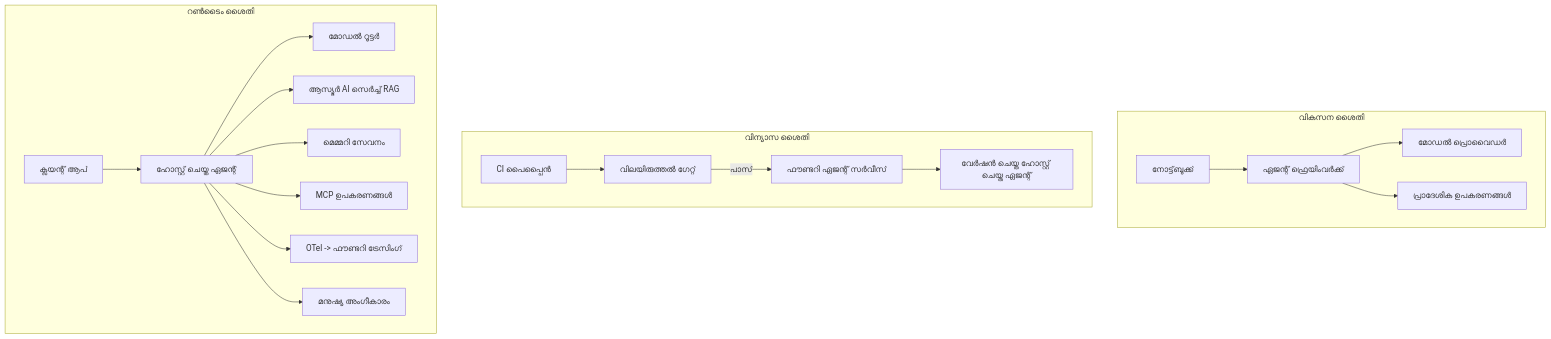
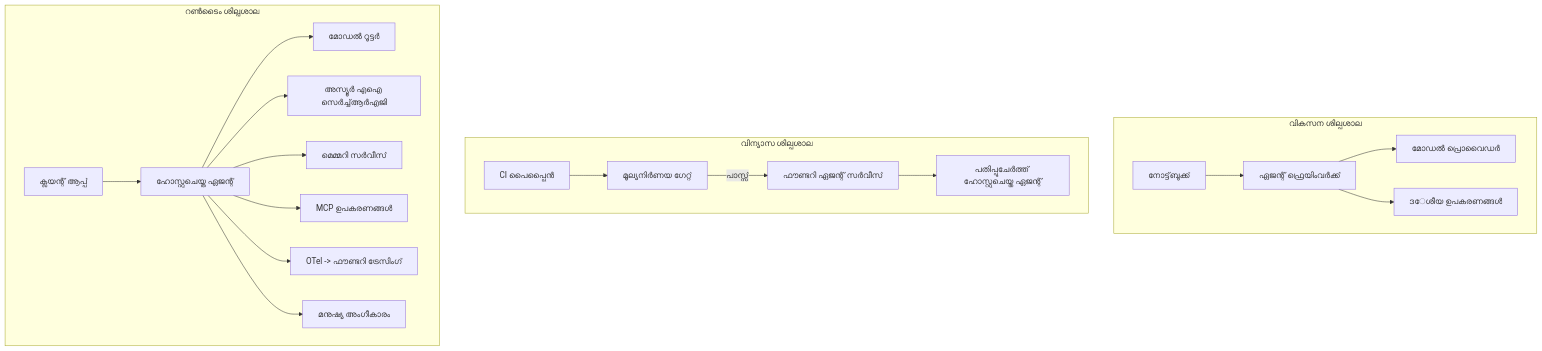
The fourth of 4 diagrams in mirrors/repos/microsoft@ai-agents-for-beginners/translations/ml/16-deploying-scalable-agents/README.md (gabrielmoreira/agent-skills-mirror), drawn with Mermaid before and after one commit. The commit also changed other lines of this file and 3581 other files, not shown here.

````diff
--- a/mirrors/repos/microsoft@ai-agents-for-beginners/translations/ml/16-deploying-scalable-agents/README.md
+++ b/mirrors/repos/microsoft@ai-agents-for-beginners/translations/ml/16-deploying-scalable-agents/README.md
@@ -185,22 +185,22 @@
 ```mermaid
 flowchart TB
-    subgraph Dev[വികസന ശൈതി<br/>]
-        D1[നോട്ട്‌ബുക്ക്<br/>] --> D2[ഏജന്റ് ഫ്രെയിംവർക്ക്<br/>]
-        D2 --> D3[മോഡൽ പ്രൊവൈഡർ<br/>]
-        D2 --> D4[പ്രാദേശിക ഉപകരണങ്ങൾ<br/>]
+    subgraph Dev[വികസന ശില്പശാല]
+        D1[നോട്ട്‌ബുക്ക്] --> D2[ഏജന്റ് ഫ്രെയിംവർക്ക്]
+        D2 --> D3[മോഡൽ പ്രൊവൈഡർ]
+        D2 --> D4[ဒേശീയ ഉപകരണങ്ങൾ]
     end
-    subgraph Deploy[വിന്യാസ ശൈതി<br/>]
-        E1[CI പൈപ്പ്ലൈൻ<br/>] --> E2[വിലയിരുത്തൽ ഗേറ്റ്<br/>]
-        E2 -->|പാസ്<br/>| E3[ഫൗണ്ടറി ഏജന്റ് സർവീസ്<br/>]
-        E3 --> E4[വേർഷൻ ചെയ്ത ഹോസ്റ്റ് ചെയ്ത ഏജന്റ്<br/>]
+    subgraph Deploy[വിന്യാസ ശില്പശാല]
+        E1[CI പൈപ്പ്ലൈൻ] --> E2[മൂല്യനിർണയ ഗേറ്റ്]
+        E2 -->|പാസ്സ്| E3[ഫൗണ്ടറി ഏജന്റ് സർവീസ്]
+        E3 --> E4[പതിപ്പുചേർത്ത് ഹോസ്റ്റുചെയ്ത ഏജന്റ്]
     end
-    subgraph Run[റൺടൈം ശൈതി<br/>]
-        F1[ക്ലയന്റ് ആപ്<br/>] --> F2[ഹോസ്റ്റ് ചെയ്ത ഏജന്റ്<br/>]
-        F2 --> F3[മോഡൽ റൂട്ടർ<br/>]
-        F2 --> F4[ആസ്യൂർ AI സെർച്ച് RAG<br/>]
-        F2 --> F5[മെമ്മറി സേവനം<br/>]
-        F2 --> F6[MCP ഉപകരണങ്ങൾ<br/>]
-        F2 --> F7[OTel -> ഫൗണ്ടറി ട്രേസിംഗ്<br/>]
+    subgraph Run[റൺടൈം ശില്പശാല]
+        F1[ക്ലയന്റ് ആപ്പ്] --> F2[ഹോസ്റ്റുചെയ്ത ഏജന്റ്]
+        F2 --> F3[മോഡൽ റൂട്ടർ]
+        F2 --> F4[അസ്യൂർ എഐ സെർച്ച്ആർഎജി]
+        F2 --> F5[മെമ്മറി സർവീസ്]
+        F2 --> F6[MCP ഉപകരണങ്ങൾ]
+        F2 --> F7[OTel -> ഫൗണ്ടറി ട്രേസിംഗ്]
         F2 --> F8[മനുഷ്യ അംഗീകാരം]
     end
 ```
````
